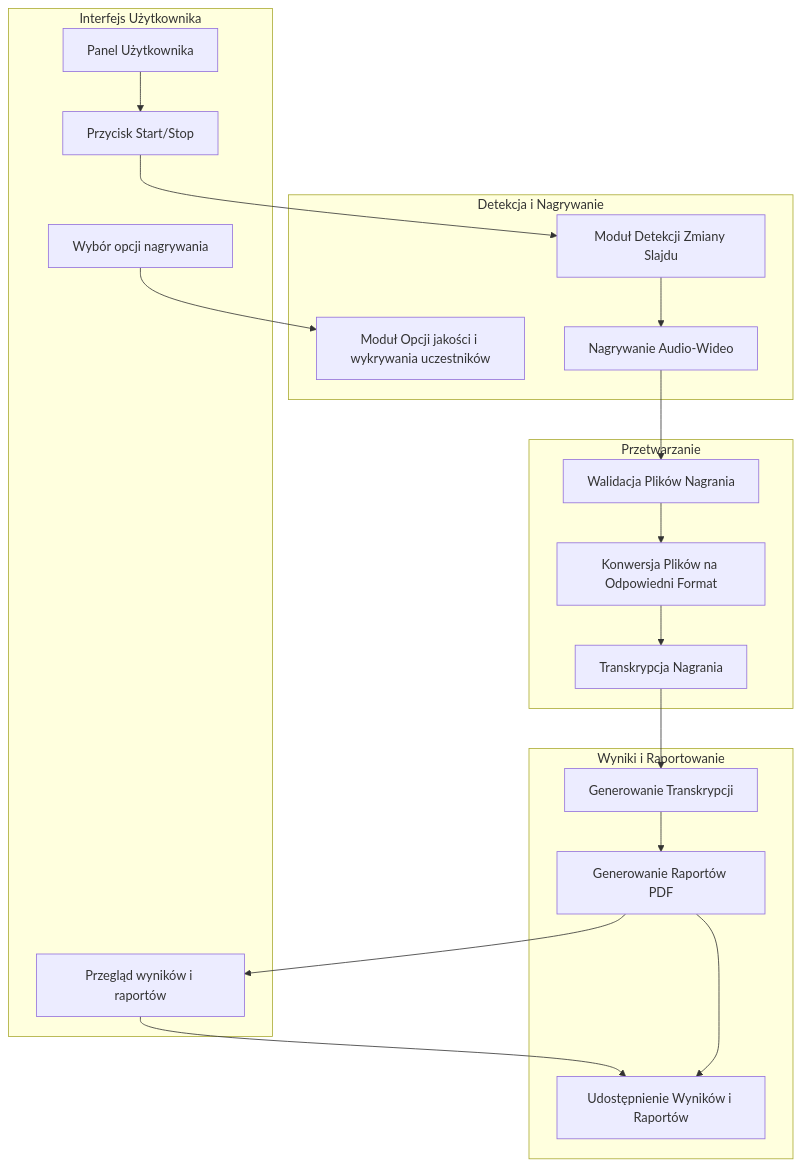
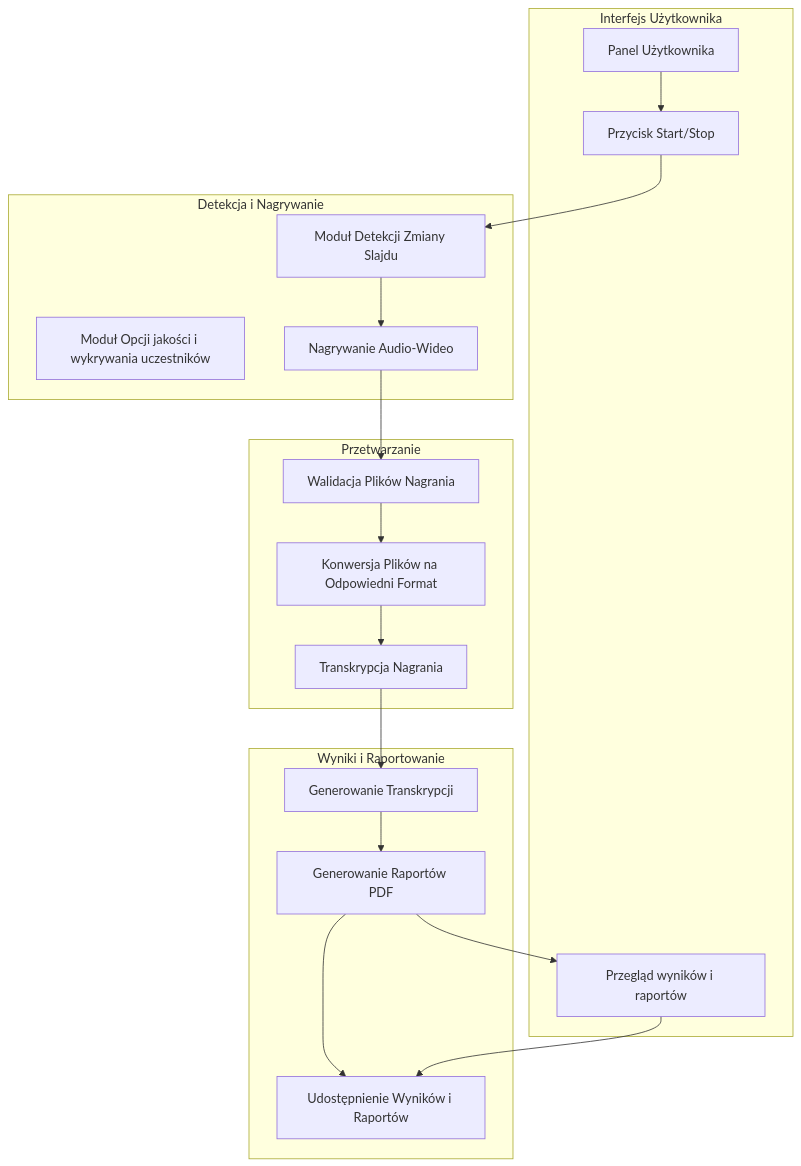
The third of 3 diagrams in README.md (sikorski1/IO_projekt), drawn with Mermaid before and after one commit. The commit also changed other lines of this file and 8 other files, not shown here.

````diff
--- a/README.md
+++ b/README.md
@@ -99,42 +99,40 @@
 ```mermaid
 graph TD;
   
 subgraph Interfejs Użytkownika
     UI1[Panel Użytkownika]
     UI2[Przycisk Start/Stop]
-    UI3[Wybór opcji nagrywania]
     UI4[Przegląd wyników i raportów]
 end
 
 subgraph Detekcja i Nagrywanie
     DN1[Moduł Detekcji Zmiany Slajdu]
     DN2[Moduł Opcji jakości i wykrywania uczestników]
     DN4[Nagrywanie Audio-Wideo]
 end
 
 subgraph Przetwarzanie
     PR1[Walidacja Plików Nagrania]
     PR2[Konwersja Plików na Odpowiedni Format]
     PR3[Transkrypcja Nagrania]
 end
 
 subgraph Wyniki i Raportowanie
     WR1[Generowanie Transkrypcji]
     WR2[Generowanie Raportów PDF]
     WR3[Udostępnienie Wyników i Raportów]
 end
 
 %% Połączenia logiczne
 UI1 --> UI2
 UI2 --> DN1
-UI3 --> DN2
 DN1 --> DN4
 DN4 --> PR1
 PR1 --> PR2
 PR2 --> PR3
 PR3 --> WR1
 WR1 --> WR2
 WR2 --> UI4
 WR2 --> WR3
 UI4 --> WR3
 ```
````
